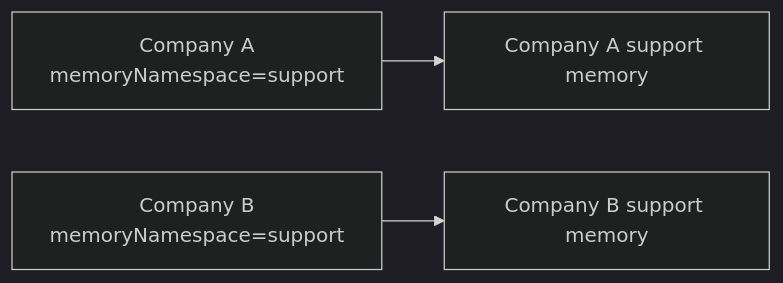
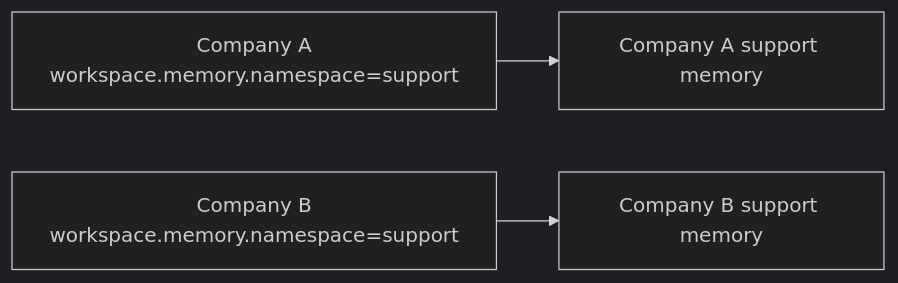
One commit to beeblastco/filthy-panty changed the fourth of 6 diagrams in docs/memory-and-session.md. Above: the diagram before and after it, drawn with Mermaid (dark theme). The commit also changed other lines of this file and 36 other files, not shown here.

First line of the commit message:
refactor: workspace config, session management, and tool architecture

````diff
--- a/docs/memory-and-session.md
+++ b/docs/memory-and-session.md
@@ -60,5 +65,5 @@
 ```mermaid
 flowchart LR
-  A["Company A<br/>memoryNamespace=support"] --> AM["Company A support memory"]
-  B["Company B<br/>memoryNamespace=support"] --> BM["Company B support memory"]
+  A["Company A<br/>workspace.memory.namespace=support"] --> AM["Company A support memory"]
+  B["Company B<br/>workspace.memory.namespace=support"] --> BM["Company B support memory"]
 ```
````
